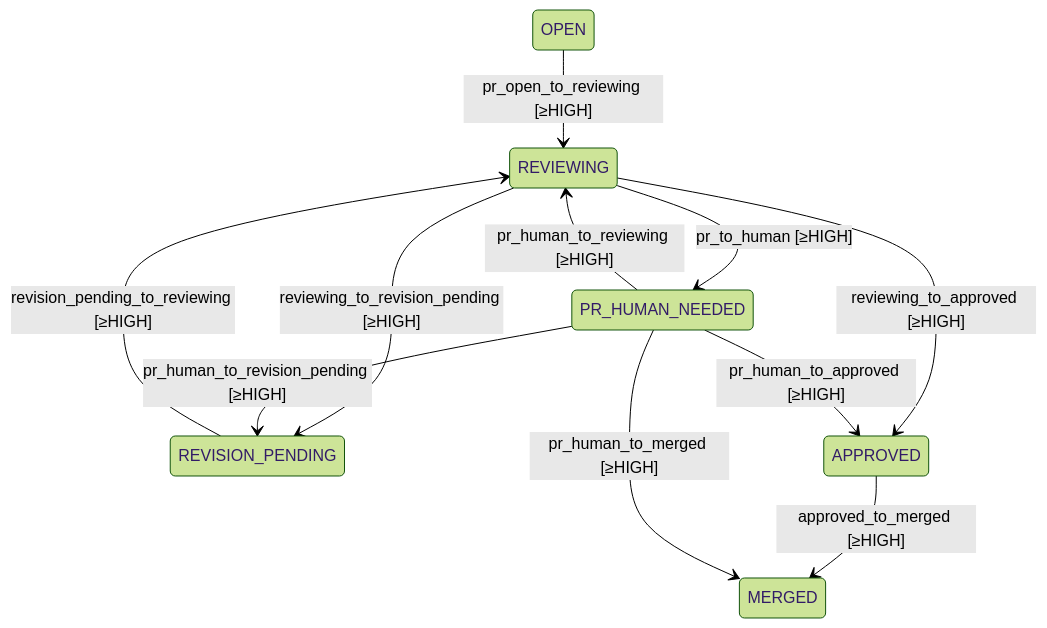
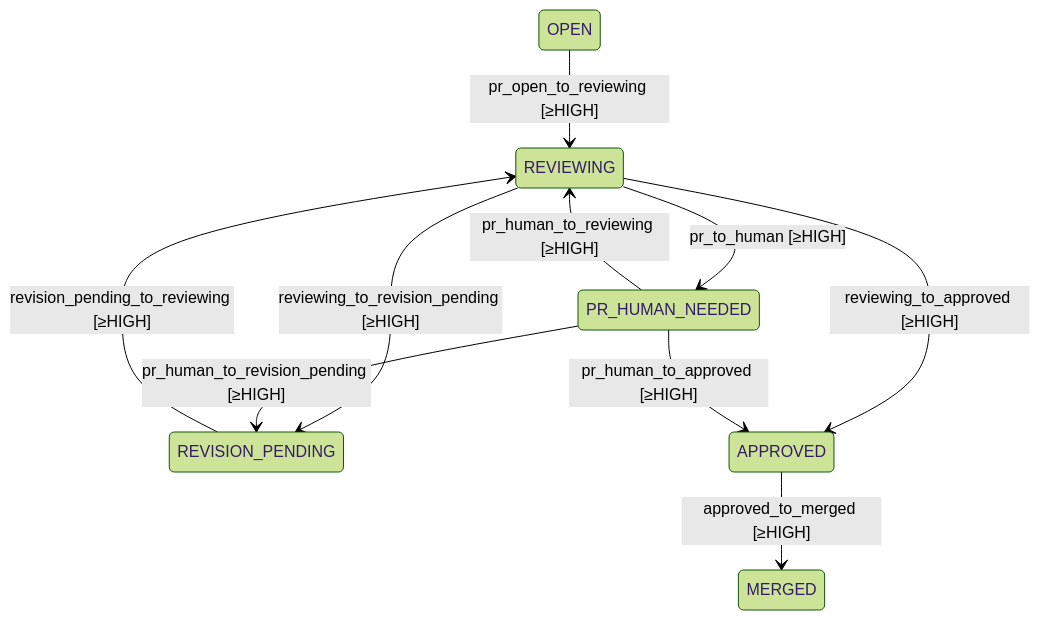
Before and after one commit to damien-robotsix/robotsix-cai: the second of 2 diagrams in docs/fsm.md, drawn with Mermaid (forest theme). The commit also changed other lines of this file and 10 other files, not shown here.

````diff
--- a/docs/fsm.md
+++ b/docs/fsm.md
@@ -35,13 +40,12 @@
 ```mermaid
 stateDiagram-v2
     OPEN --> REVIEWING : pr_open_to_reviewing [≥HIGH]
     REVIEWING --> REVISION_PENDING : reviewing_to_revision_pending [≥HIGH]
     REVISION_PENDING --> REVIEWING : revision_pending_to_reviewing [≥HIGH]
     REVIEWING --> APPROVED : reviewing_to_approved [≥HIGH]
     APPROVED --> MERGED : approved_to_merged [≥HIGH]
     REVIEWING --> PR_HUMAN_NEEDED : pr_to_human [≥HIGH]
     PR_HUMAN_NEEDED --> REVIEWING : pr_human_to_reviewing [≥HIGH]
     PR_HUMAN_NEEDED --> REVISION_PENDING : pr_human_to_revision_pending [≥HIGH]
     PR_HUMAN_NEEDED --> APPROVED : pr_human_to_approved [≥HIGH]
-    PR_HUMAN_NEEDED --> MERGED : pr_human_to_merged [≥HIGH]
 ```
````
